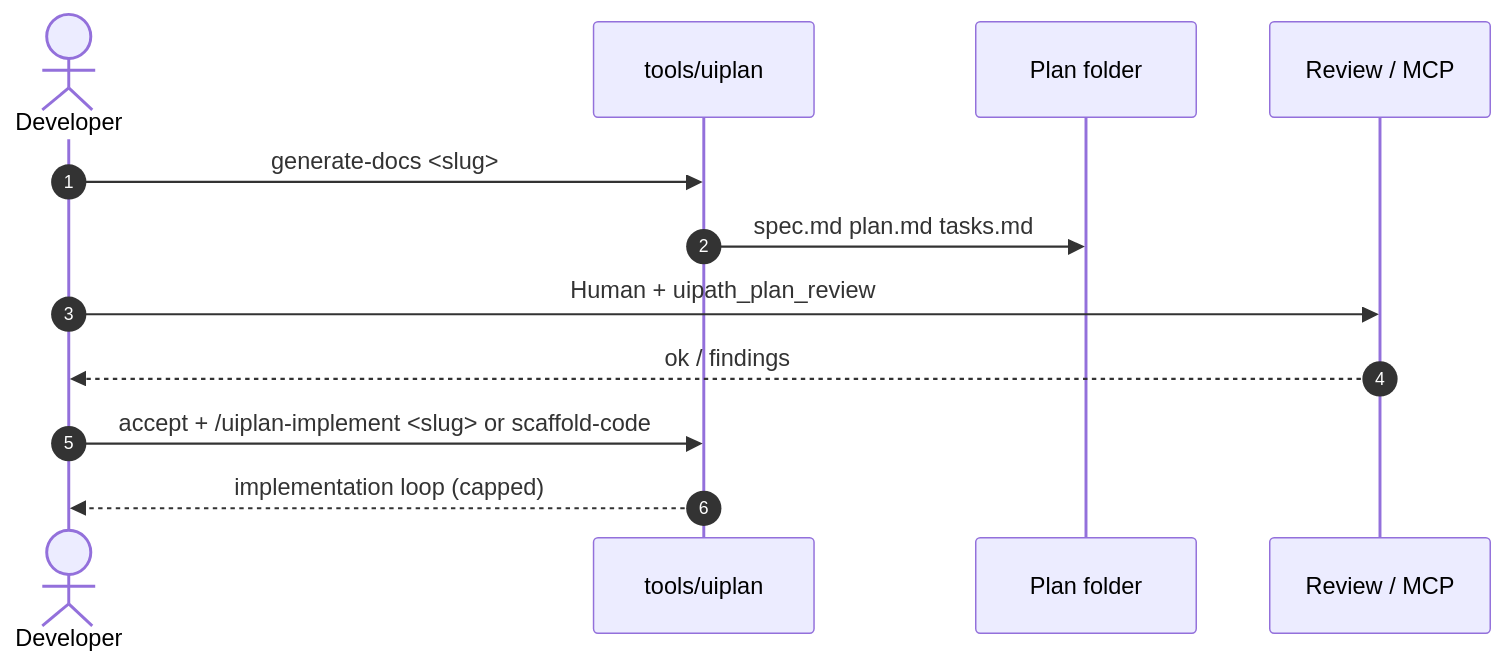
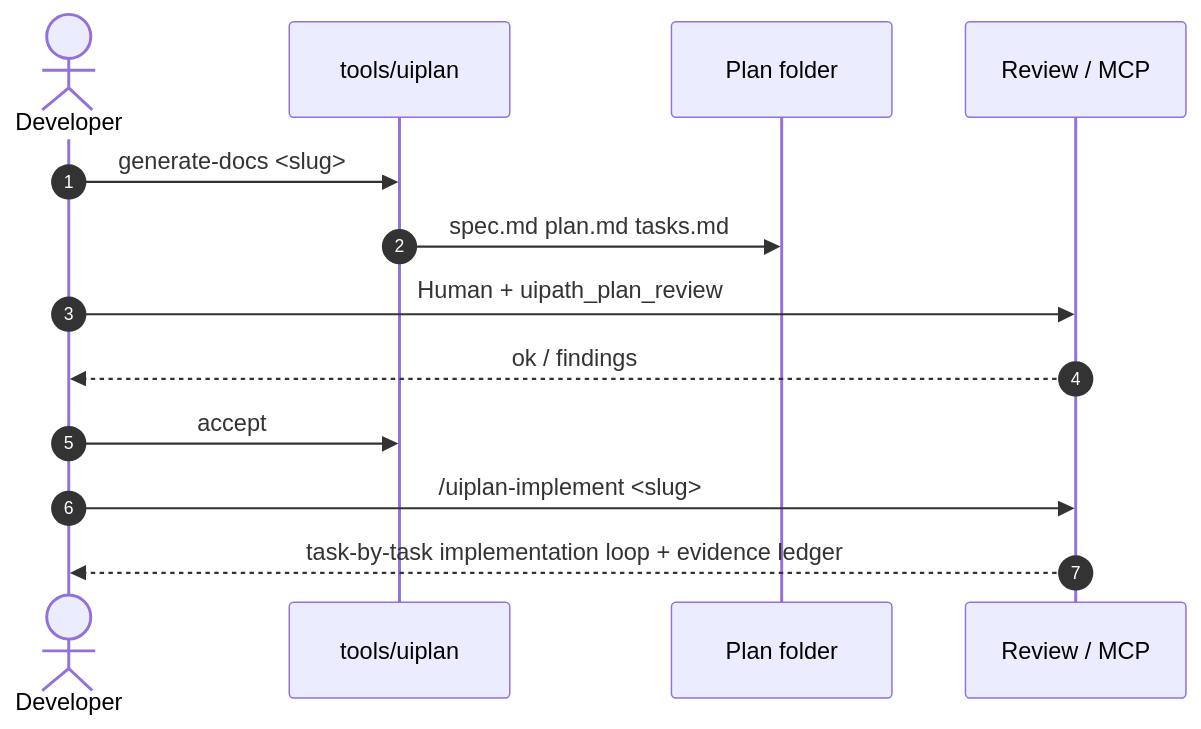
The third of 3 diagrams in docs/uiplan/README.md (DanielaRosenn/uiplan-agent-of-agents), drawn with Mermaid before and after one commit. The commit also changed other lines of this file and 25 other files, not shown here.

First line of the commit message:
uiplan: strengthen task authoring flow

````diff
--- a/docs/uiplan/README.md
+++ b/docs/uiplan/README.md
@@ -97,14 +112,15 @@
 ```mermaid
 sequenceDiagram
   autonumber
   actor Dev as Developer
   participant CLI as tools/uiplan
   participant FS as Plan folder
   participant Rev as Review / MCP
   Dev->>CLI: generate-docs <slug>
   CLI->>FS: spec.md plan.md tasks.md
   Dev->>Rev: Human + uipath_plan_review
   Rev-->>Dev: ok / findings
-  Dev->>CLI: accept + /uiplan-implement <slug> or scaffold-code
-  CLI-->>Dev: implementation loop (capped)
+  Dev->>CLI: accept
+  Dev->>Rev: /uiplan-implement <slug>
+  Rev-->>Dev: task-by-task implementation loop + evidence ledger
 ```
````
